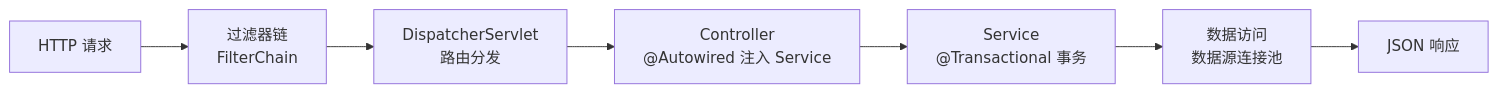
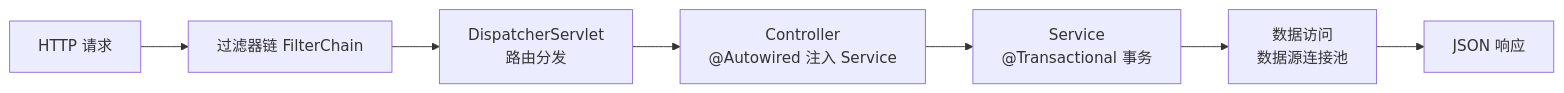
One commit to xiaobo1997/programmer-knowledge-graph changed the third of 3 diagrams in docs/backend/java/ecosystem/spring-boot/入门层/从零开始认识SpringBoot系列/1_Spring生态与SpringBoot全景-入门.md. Above: the diagram before and after it, drawn with Mermaid. The commit also changed other lines of this file and 126 other files, not shown here.

````diff
--- a/docs/backend/java/ecosystem/spring-boot/入门层/从零开始认识SpringBoot系列/1_Spring生态与SpringBoot全景-入门.md
+++ b/docs/backend/java/ecosystem/spring-boot/入门层/从零开始认识SpringBoot系列/1_Spring生态与SpringBoot全景-入门.md
@@ -66,10 +93,9 @@
 ```mermaid
 flowchart LR
-    REQ["HTTP 请求"] --> FLT["过滤器链<br/>FilterChain"]
+    REQ["HTTP 请求"] --> FLT["过滤器链 FilterChain"]
     FLT --> DS["DispatcherServlet<br/>路由分发"]
     DS --> CTL["Controller<br/>@Autowired 注入 Service"]
     CTL --> SVC["Service<br/>@Transactional 事务"]
     SVC --> DAO["数据访问<br/>数据源连接池"]
     DAO --> RES["JSON 响应"]
-
 ```
````
